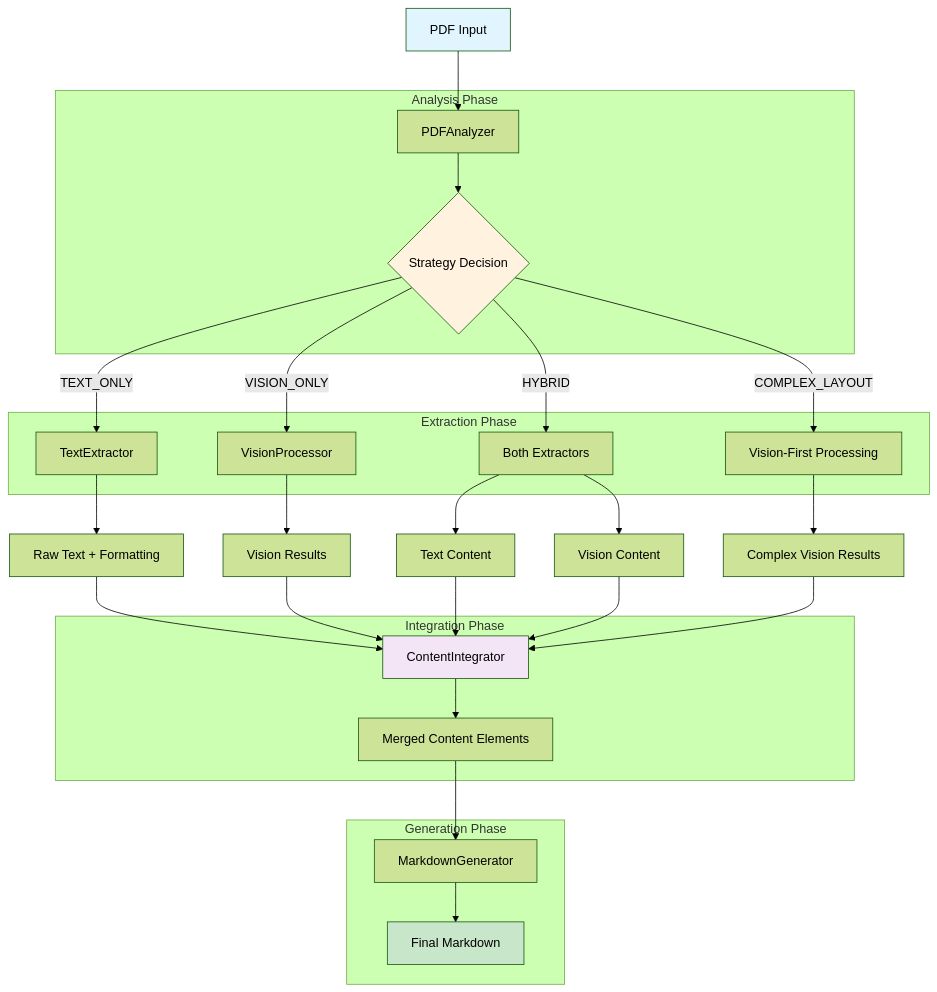
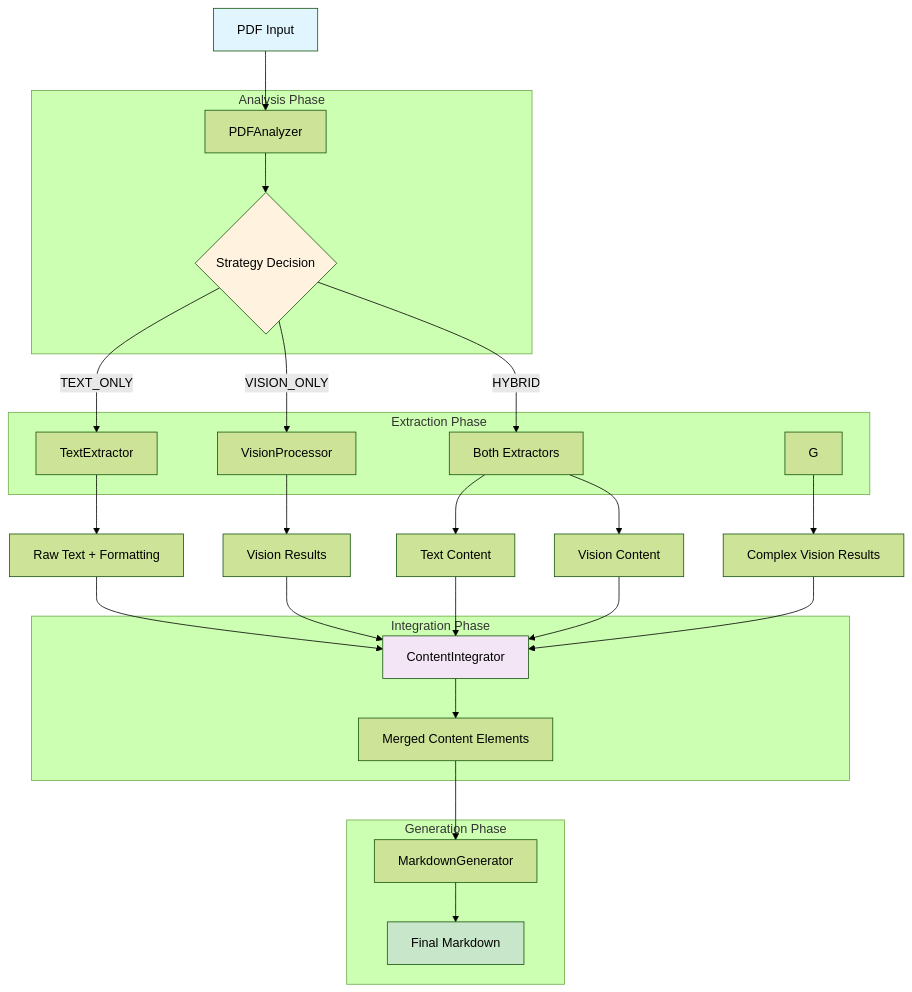
The diagram in static/pipeline_flowchart.mermaid (flowbrg/Ollama-pdf-parser), drawn with Mermaid (forest theme) before and after one commit. The commit also changed 18 other files, not shown here.

Commit message:
Remove references to COMPLEX_LAYOUT from documentation and update logging in MarkdownGenerator

```diff
--- a/static/pipeline_flowchart.mermaid
+++ b/static/pipeline_flowchart.mermaid
@@ -1,51 +1,50 @@
 graph TD
     A[PDF Input] --> B[PDFAnalyzer]
     B --> C{Strategy Decision}
     
     C -->|TEXT_ONLY| D[TextExtractor]
     C -->|VISION_ONLY| E[VisionProcessor]
     C -->|HYBRID| F[Both Extractors]
-    C -->|COMPLEX_LAYOUT| G[Vision-First Processing]
     
     D --> H[Raw Text + Formatting]
     E --> I[Vision Results]
     F --> J[Text Content]
     F --> K[Vision Content]
     G --> L[Complex Vision Results]
     
     H --> M[ContentIntegrator]
     I --> M
     J --> M
     K --> M
     L --> M
     
     M --> N[Merged Content Elements]
     N --> O[MarkdownGenerator]
     O --> P[Final Markdown]
     
     subgraph "Analysis Phase"
         B
         C
     end
     
     subgraph "Extraction Phase"
         D
         E
         F
         G
     end
     
     subgraph "Integration Phase"
         M
         N
     end
     
     subgraph "Generation Phase"
         O
         P
     end
     
     style A fill:#e1f5fe
     style P fill:#c8e6c9
     style C fill:#fff3e0
     style M fill:#f3e5f5
```
